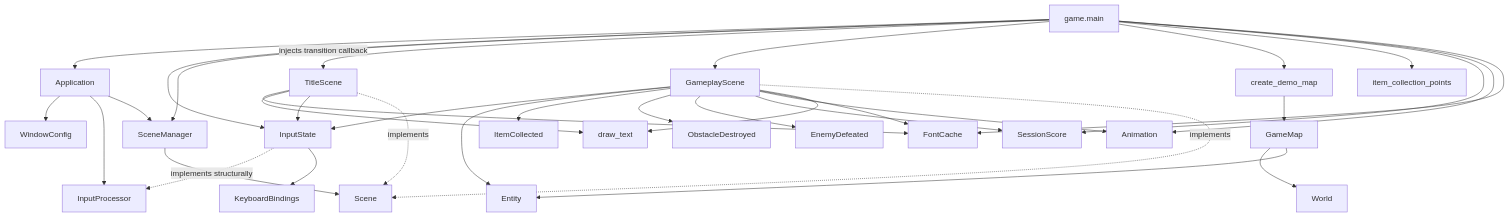
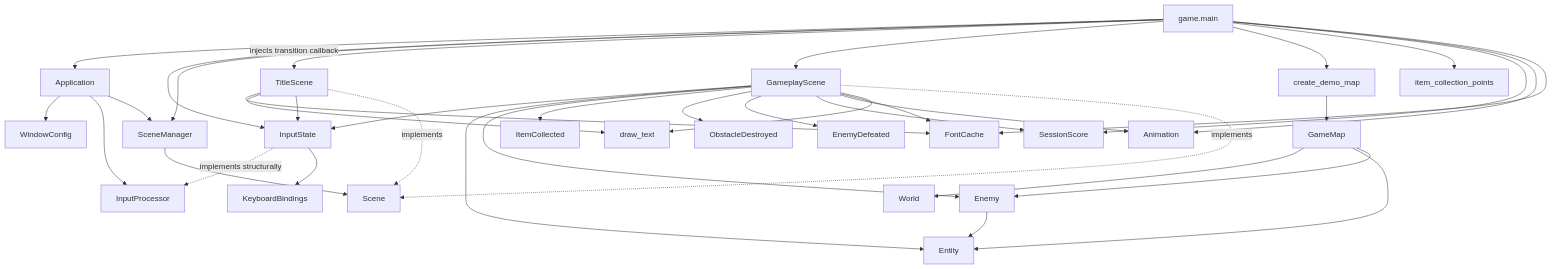
The diagram in docs/architecture/overview.md (VincentMardon/my_first_adventure_game), drawn with Mermaid before and after one commit. The commit also changed other lines of this file and 15 other files, not shown here.

Commit message:
feat(gameplay): add enemy health and damage

````diff
--- a/docs/architecture/overview.md
+++ b/docs/architecture/overview.md
@@ -165,64 +172,68 @@
 ```mermaid
 flowchart TD
     GameMain["game.main"]
     Application["Application"]
     WindowConfig["WindowConfig"]
     InputProcessor["InputProcessor"]
     InputState["InputState"]
     KeyboardBindings["KeyboardBindings"]
     SceneManager["SceneManager"]
     Scene["Scene"]
     TitleScene["TitleScene"]
     GameplayScene["GameplayScene"]
     DemoMap["create_demo_map"]
     GameMap["GameMap"]
     World["World"]
     Entity["Entity"]
+    Enemy["Enemy"]
     ItemCollected["ItemCollected"]
     ObstacleDestroyed["ObstacleDestroyed"]
     EnemyDefeated["EnemyDefeated"]
     ItemCollectionPoints["item_collection_points"]
     SessionScore["SessionScore"]
     Animation["Animation"]
     FontCache["FontCache"]
     DrawText["draw_text"]
 
     GameMain --> Application
     GameMain --> InputState
     GameMain --> SceneManager
     GameMain -->|"injects transition callback"| TitleScene
     GameMain --> GameplayScene
     GameMain --> DemoMap
     GameMain --> ItemCollectionPoints
     GameMain --> SessionScore
     GameMain --> Animation
     GameMain --> FontCache
 
     DemoMap --> GameMap
     GameMap --> World
     GameMap --> Entity
+    GameMap --> Enemy
+    Enemy --> Entity
 
     Application --> WindowConfig
     Application --> InputProcessor
     Application --> SceneManager
 
     TitleScene --> FontCache
     TitleScene --> DrawText
     TitleScene --> InputState
 
     GameplayScene --> InputState
     GameplayScene --> Entity
+    GameplayScene --> Enemy
     GameplayScene --> ItemCollected
     GameplayScene --> ObstacleDestroyed
     GameplayScene --> EnemyDefeated
     GameplayScene --> SessionScore
     GameplayScene --> Animation
     GameplayScene --> FontCache
     GameplayScene --> DrawText
 
     InputState -. "implements structurally" .-> InputProcessor
     InputState --> KeyboardBindings
     SceneManager --> Scene
     TitleScene -. "implements" .-> Scene
     GameplayScene -. "implements" .-> Scene
 ```
````
